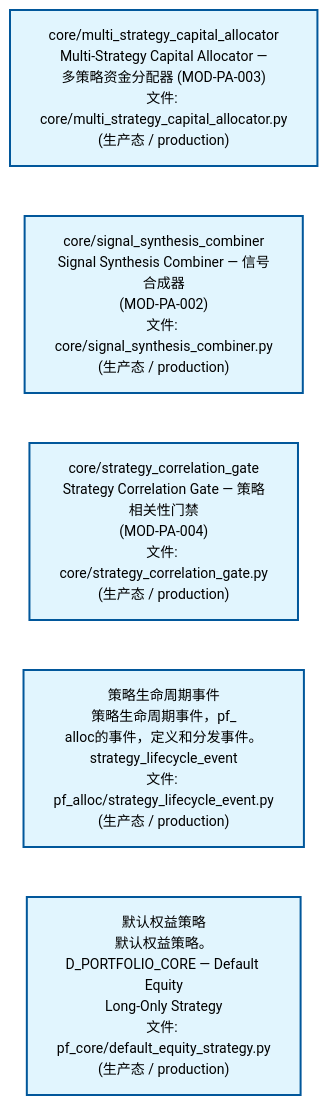
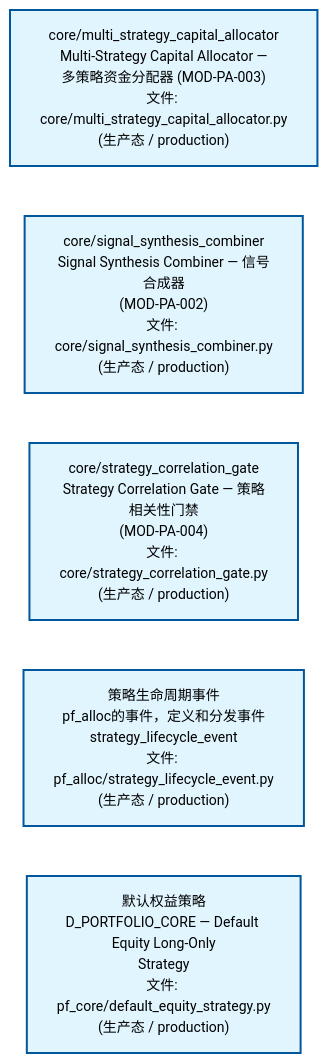
The second of 4 diagrams in docs/02_enterprise_architecture/02_domain_architecture_docs/62_d_pf_alloc.md (xuanFelixVan/ZephyrAlpha), drawn with Mermaid before and after one commit. The commit also changed other lines of this file and 59 other files, not shown here.

````diff
--- a/docs/02_enterprise_architecture/02_domain_architecture_docs/62_d_pf_alloc.md
+++ b/docs/02_enterprise_architecture/02_domain_architecture_docs/62_d_pf_alloc.md
@@ -92,18 +92,18 @@
 ```mermaid
 %%{init: {'theme': 'base', 'themeVariables': {'primaryColor': '#eaeaea', 'primaryTextColor': '#333333', 'primaryBorderColor': '#666666', 'lineColor': '#666666', 'secondaryColor': '#eaeaea', 'tertiaryColor': '#eaeaea', 'fontSize': '14px'}}}%%
 flowchart TD
     src_zephyr_pf_alloc_core_multi_strategy_capital_allocator_py["core/multi_strategy_capital_allocator<br/>Multi-Strategy Capital Allocator —<br/>多策略资金分配器 (MOD-PA-003)<br/>文件: core/multi_strategy_capital_allocator.py<br/>(生产态 / production)"]
     src_zephyr_pf_alloc_core_signal_synthesis_combiner_py["core/signal_synthesis_combiner<br/>Signal Synthesis Combiner — 信号合成器<br/>(MOD-PA-002)<br/>文件: core/signal_synthesis_combiner.py<br/>(生产态 / production)"]
     src_zephyr_pf_alloc_core_strategy_correlation_gate_py["core/strategy_correlation_gate<br/>Strategy Correlation Gate — 策略相关性门禁<br/>(MOD-PA-004)<br/>文件: core/strategy_correlation_gate.py<br/>(生产态 / production)"]
-    src_zephyr_pf_alloc_strategy_lifecycle_event_py["策略生命周期事件<br/>策略生命周期事件，pf_<br/>alloc的事件，定义和分发事件。<br/>strategy_lifecycle_event<br/>文件: pf_alloc/strategy_lifecycle_event.py<br/>(生产态 / production)"]
-    src_zephyr_pf_core_default_equity_strategy_py["默认权益策略<br/>默认权益策略。D_PORTFOLIO_CORE — Default Equity<br/>Long-Only Strategy<br/>文件: pf_core/default_equity_strategy.py<br/>(生产态 / production)"]
+    src_zephyr_pf_alloc_strategy_lifecycle_event_py["策略生命周期事件<br/>pf_alloc的事件，定义和分发事件<br/>strategy_lifecycle_event<br/>文件: pf_alloc/strategy_lifecycle_event.py<br/>(生产态 / production)"]
+    src_zephyr_pf_core_default_equity_strategy_py["默认权益策略<br/>D_PORTFOLIO_CORE — Default Equity Long-Only<br/>Strategy<br/>文件: pf_core/default_equity_strategy.py<br/>(生产态 / production)"]
     src_zephyr_pf_alloc_core_multi_strategy_capital_allocator_py ~~~ src_zephyr_pf_alloc_core_signal_synthesis_combiner_py
     src_zephyr_pf_alloc_core_signal_synthesis_combiner_py ~~~ src_zephyr_pf_alloc_core_strategy_correlation_gate_py
     src_zephyr_pf_alloc_core_strategy_correlation_gate_py ~~~ src_zephyr_pf_alloc_strategy_lifecycle_event_py
     src_zephyr_pf_alloc_strategy_lifecycle_event_py ~~~ src_zephyr_pf_core_default_equity_strategy_py
     classDef production fill:#e1f5fe,stroke:#01579b,stroke-width:2px,color:#000
     classDef design fill:#fff3e0,stroke:#e65100,stroke-width:2px,color:#000,stroke-dasharray: 5 5
     classDef external_prod fill:#e8f4fd,stroke:#0277bd,stroke-width:1px,color:#000
     classDef external_design fill:#fff8e7,stroke:#ef6c00,stroke-width:1px,color:#000,stroke-dasharray: 5 5
     class src_zephyr_pf_alloc_core_multi_strategy_capital_allocator_py,src_zephyr_pf_alloc_core_signal_synthesis_combiner_py,src_zephyr_pf_alloc_core_strategy_correlation_gate_py,src_zephyr_pf_alloc_strategy_lifecycle_event_py,src_zephyr_pf_core_default_equity_strategy_py production
 ```
````
